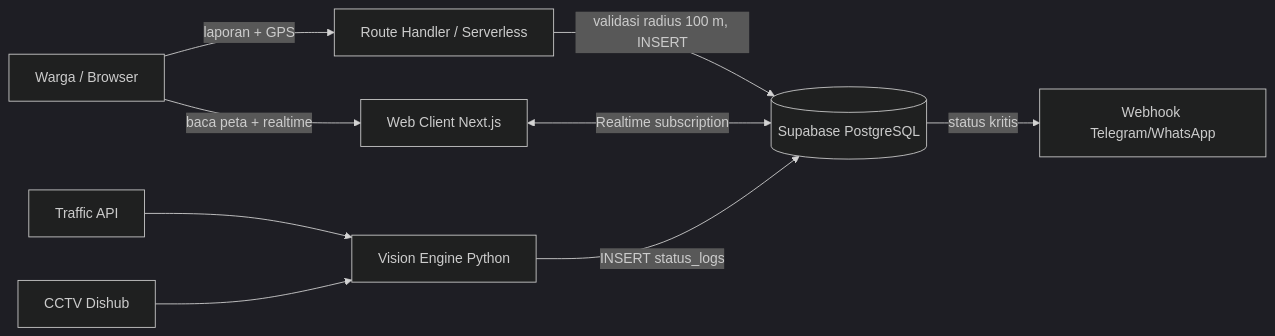
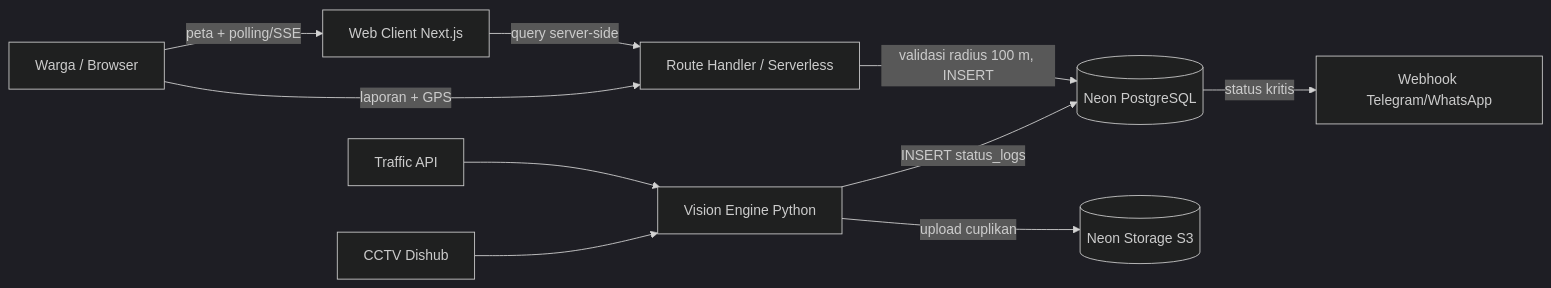
One commit to Cloud-Dark/pantau-spbu-malang changed the diagram in docs/05_ARCHITECTURE.md. Above: the diagram before and after it, drawn with Mermaid (dark theme). The commit also changed other lines of this file and 16 other files, not shown here.

First line of the commit message:
docs: ganti Supabase dengan Neon sepenuhnya (DB, Auth, Storage)

````diff
--- a/docs/05_ARCHITECTURE.md
+++ b/docs/05_ARCHITECTURE.md
@@ -19,11 +21,12 @@
 ```mermaid
 flowchart LR
-    U[Warga / Browser] -->|baca peta + realtime| W[Web Client Next.js]
+    U[Warga / Browser] -->|peta + polling/SSE| W[Web Client Next.js]
+    W -->|query server-side| API
     U -->|laporan + GPS| API[Route Handler / Serverless]
-    API -->|validasi radius 100 m, INSERT| DB[(Supabase PostgreSQL)]
-    W <-->|Realtime subscription| DB
+    API -->|validasi radius 100 m, INSERT| DB[(Neon PostgreSQL)]
+    VE -->|upload cuplikan| S3[(Neon Storage S3)]
     T[Traffic API] --> VE[Vision Engine Python]
     C[CCTV Dishub] --> VE
     VE -->|INSERT status_logs| DB
     DB -->|status kritis| N[Webhook Telegram/WhatsApp]
 ```
````
